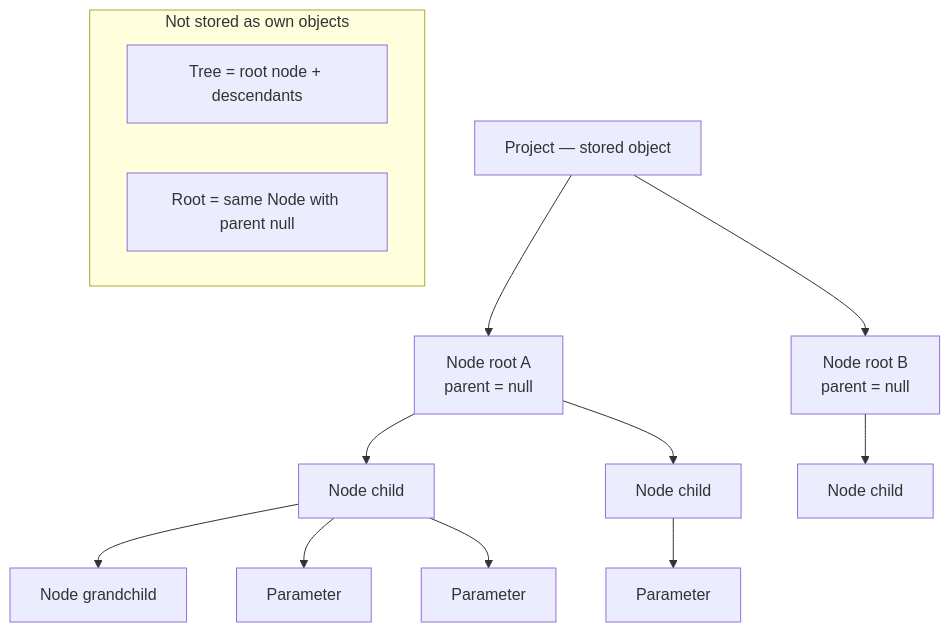
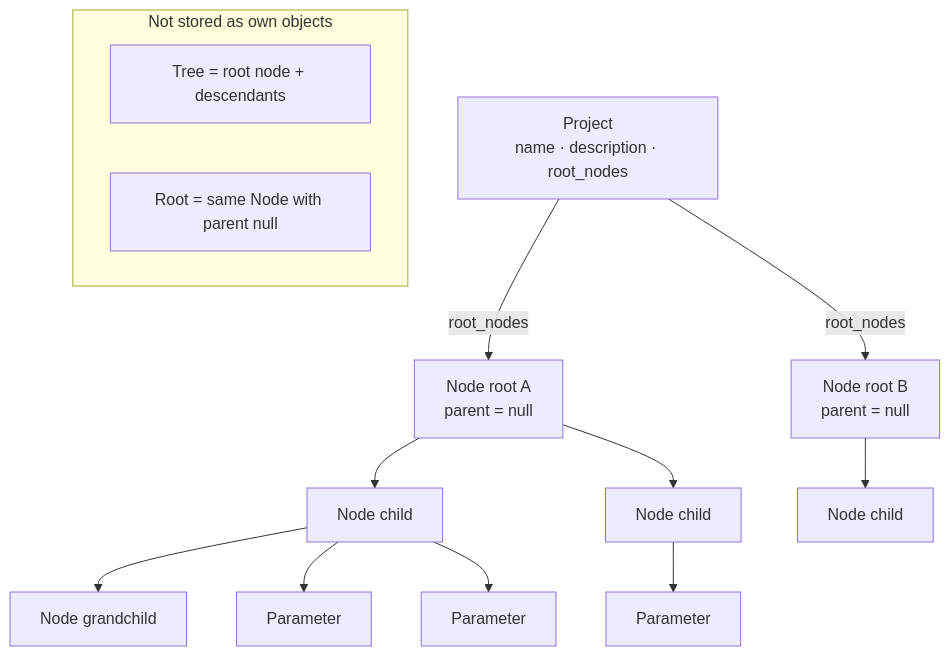
The first of 3 diagrams in docs/plans/data-structure.md (sfambach/wp-taxonomy-modeler), drawn with Mermaid before and after one commit. The commit also changed other lines of this file and 6 other files, not shown here.

First line of the commit message:
Define Project fields: name, description, root_nodes

````diff
--- a/docs/plans/data-structure.md
+++ b/docs/plans/data-structure.md
@@ -52,21 +52,21 @@
 ```mermaid
 flowchart TB
-  PR["Project — stored object"]
+  PR["Project<br/>name · description · root_nodes"]
 
-  PR --> R1["Node root A<br/>parent = null"]
-  PR --> R2["Node root B<br/>parent = null"]
+  PR -->|root_nodes| R1["Node root A<br/>parent = null"]
+  PR -->|root_nodes| R2["Node root B<br/>parent = null"]
 
   R1 --> C1["Node child"]
   R1 --> C2["Node child"]
   C1 --> G1["Node grandchild"]
   R2 --> C3["Node child"]
 
   C1 --> P1[Parameter]
   C1 --> P2[Parameter]
   C2 --> P3[Parameter]
 
   subgraph note["Not stored as own objects"]
     T["Tree = root node + descendants"]
     RN["Root = same Node with parent null"]
   end
 ```
````
